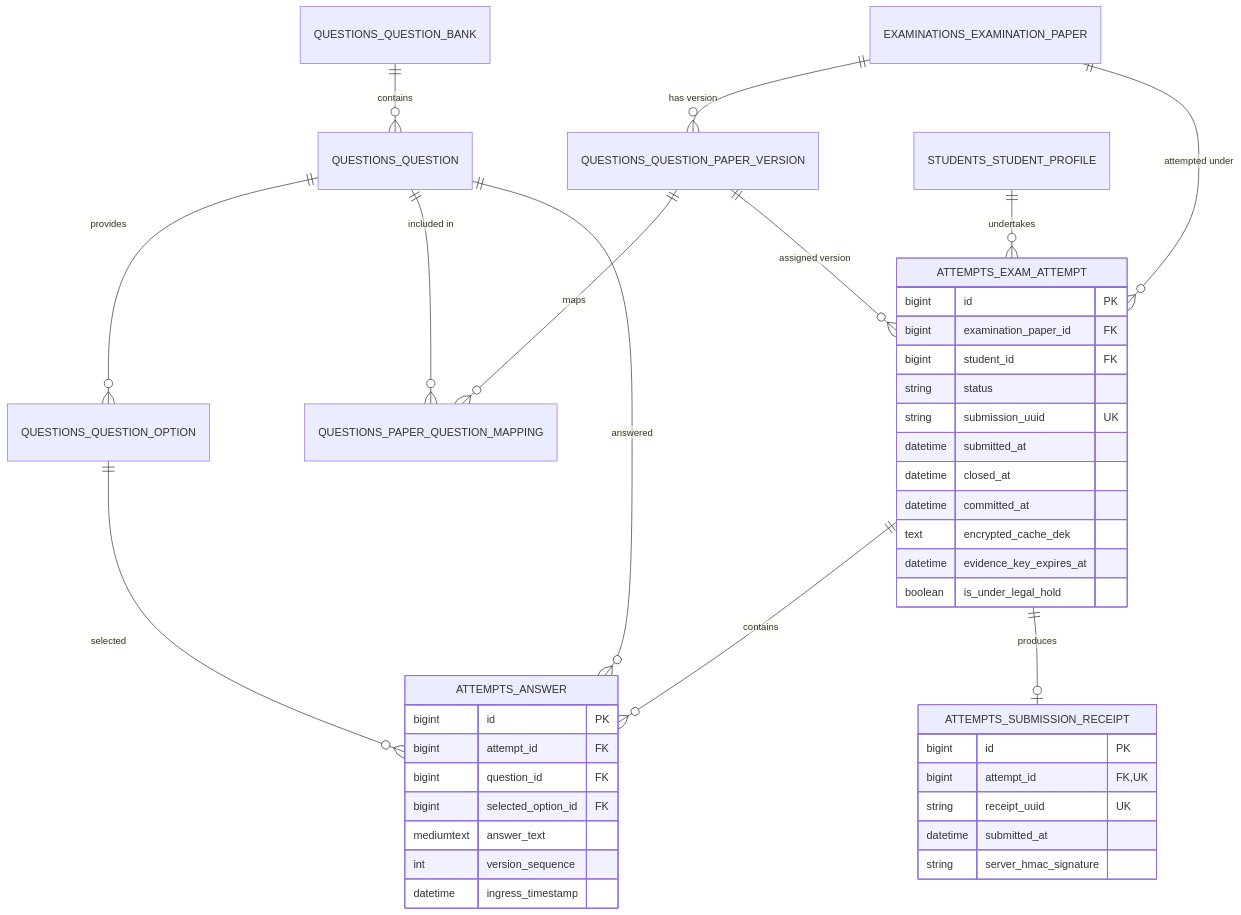
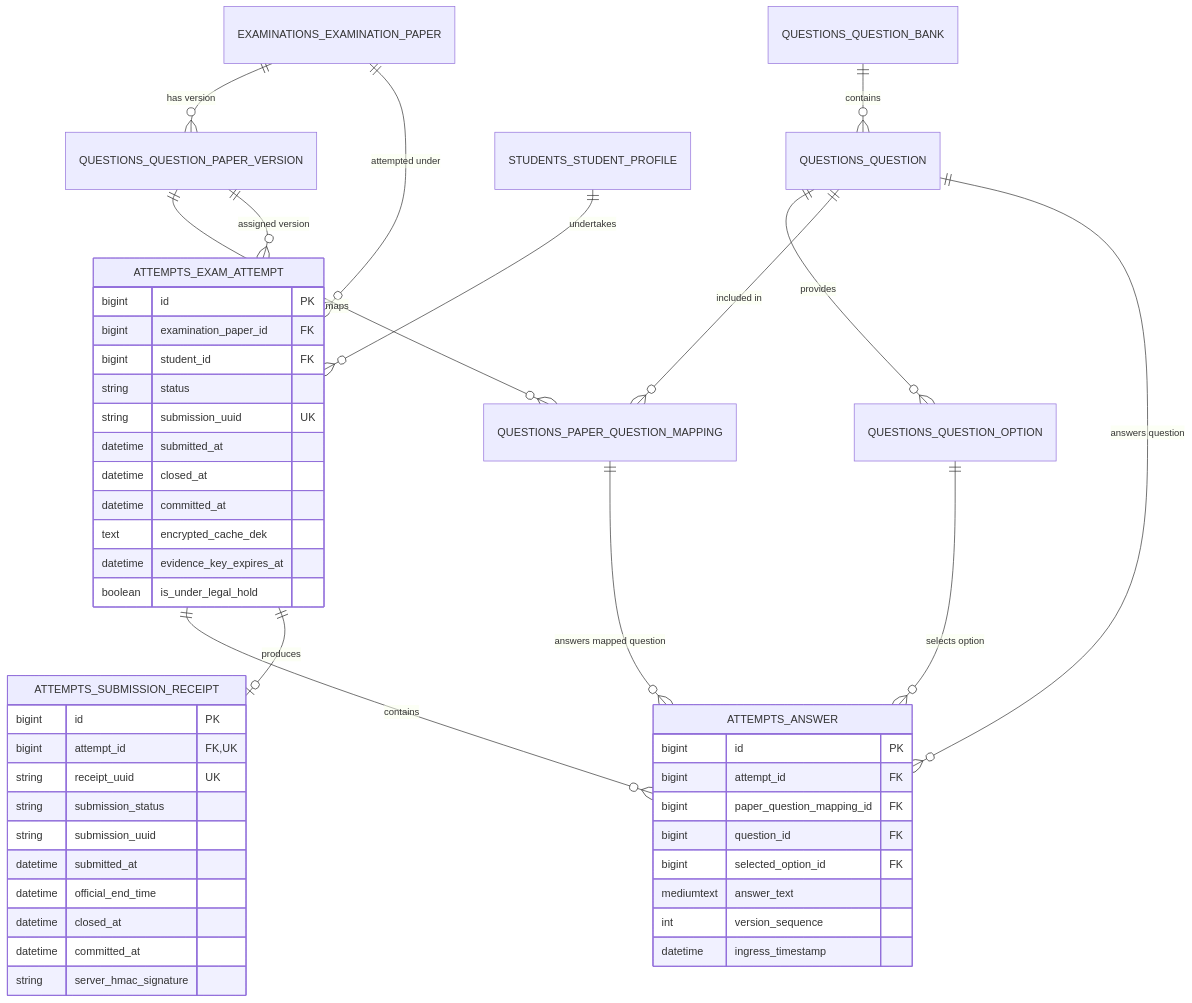
One commit to USER-00001-IND/college-online-examination-system changed the fourth of 7 diagrams in docs/database-architecture.md. Above: the diagram before and after it, drawn with Mermaid. The commit also changed other lines of this file and 1 other file, not shown here.

````diff
--- a/docs/database-architecture.md
+++ b/docs/database-architecture.md
@@ -1506,47 +1629,54 @@
 ```mermaid
 erDiagram
     QUESTIONS_QUESTION_BANK ||--o{ QUESTIONS_QUESTION : "contains"
     QUESTIONS_QUESTION ||--o{ QUESTIONS_QUESTION_OPTION : "provides"
     EXAMINATIONS_EXAMINATION_PAPER ||--o{ QUESTIONS_QUESTION_PAPER_VERSION : "has version"
     QUESTIONS_QUESTION_PAPER_VERSION ||--o{ QUESTIONS_PAPER_QUESTION_MAPPING : "maps"
     QUESTIONS_QUESTION ||--o{ QUESTIONS_PAPER_QUESTION_MAPPING : "included in"
 
     EXAMINATIONS_EXAMINATION_PAPER ||--o{ ATTEMPTS_EXAM_ATTEMPT : "attempted under"
     STUDENTS_STUDENT_PROFILE ||--o{ ATTEMPTS_EXAM_ATTEMPT : "undertakes"
     QUESTIONS_QUESTION_PAPER_VERSION ||--o{ ATTEMPTS_EXAM_ATTEMPT : "assigned version"
 
     ATTEMPTS_EXAM_ATTEMPT ||--o{ ATTEMPTS_ANSWER : "contains"
-    QUESTIONS_QUESTION ||--o{ ATTEMPTS_ANSWER : "answered"
-    QUESTIONS_QUESTION_OPTION ||--o{ ATTEMPTS_ANSWER : "selected"
+    QUESTIONS_PAPER_QUESTION_MAPPING ||--o{ ATTEMPTS_ANSWER : "answers mapped question"
+    QUESTIONS_QUESTION ||--o{ ATTEMPTS_ANSWER : "answers question"
+    QUESTIONS_QUESTION_OPTION ||--o{ ATTEMPTS_ANSWER : "selects option"
     ATTEMPTS_EXAM_ATTEMPT ||--o| ATTEMPTS_SUBMISSION_RECEIPT : "produces"
 
     ATTEMPTS_EXAM_ATTEMPT {
         bigint id PK
         bigint examination_paper_id FK
         bigint student_id FK
         string status
         string submission_uuid UK
         datetime submitted_at
         datetime closed_at
         datetime committed_at
         text encrypted_cache_dek
         datetime evidence_key_expires_at
         boolean is_under_legal_hold
     }
     ATTEMPTS_ANSWER {
         bigint id PK
         bigint attempt_id FK
+        bigint paper_question_mapping_id FK
         bigint question_id FK
         bigint selected_option_id FK
         mediumtext answer_text
         int version_sequence
         datetime ingress_timestamp
     }
     ATTEMPTS_SUBMISSION_RECEIPT {
         bigint id PK
         bigint attempt_id FK,UK
         string receipt_uuid UK
+        string submission_status
+        string submission_uuid
         datetime submitted_at
+        datetime official_end_time
+        datetime closed_at
+        datetime committed_at
         string server_hmac_signature
     }
 ```
````
